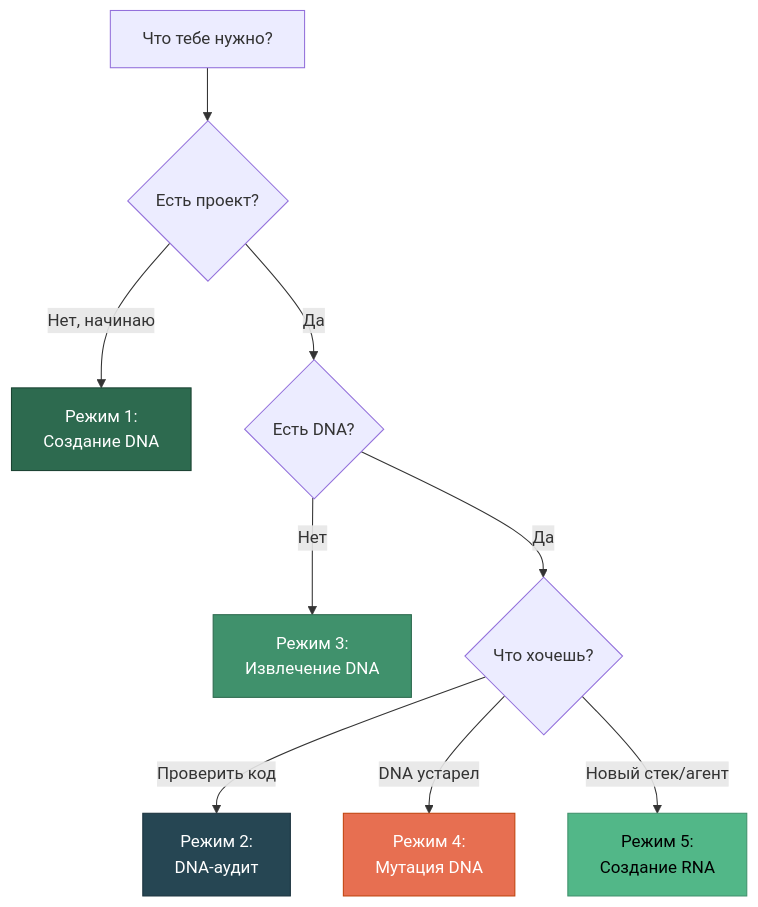
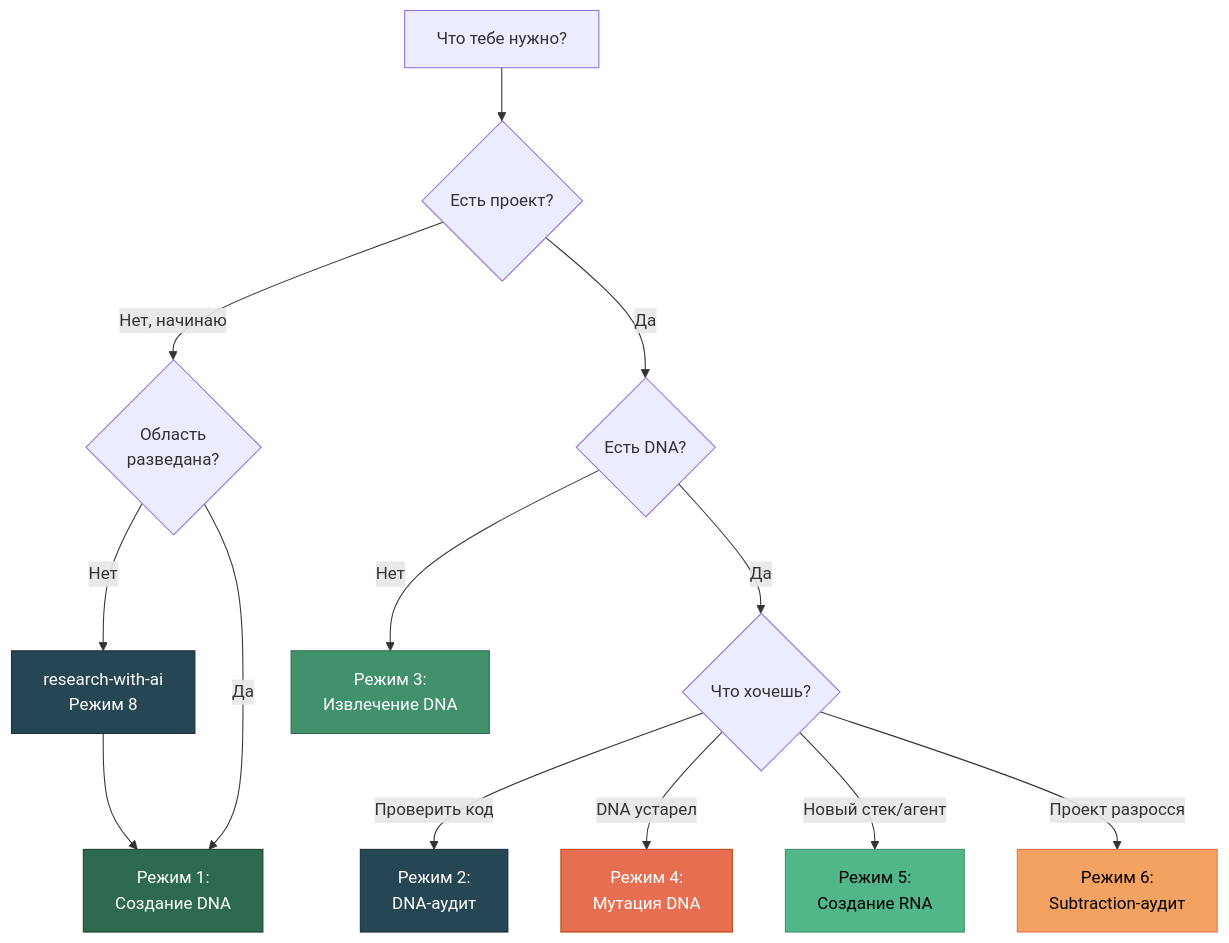
One commit to SizovOleg/project-dna changed the eighth of 8 diagrams in docs/modes-ru.md. Above: the diagram before and after it, drawn with Mermaid. The commit also changed other lines of this file and 9 other files, not shown here.

````diff
--- a/docs/modes-ru.md
+++ b/docs/modes-ru.md
@@ -249,21 +413,27 @@
 ```mermaid
 flowchart TD
     START["Что тебе нужно?"]
-    
+
     START --> Q1{"Есть проект?"}
-    Q1 -->|"Нет, начинаю"| M1["Режим 1:<br/>Создание DNA"]
+    Q1 -->|"Нет, начинаю"| Q0{"Область<br/>разведана?"}
+    Q0 -->|"Нет"| SCOUT["research-with-ai<br/>Режим 8"]
+    Q0 -->|"Да"| M1["Режим 1:<br/>Создание DNA"]
+    SCOUT --> M1
+
     Q1 -->|"Да"| Q2{"Есть DNA?"}
-    
     Q2 -->|"Нет"| M3["Режим 3:<br/>Извлечение DNA"]
     Q2 -->|"Да"| Q3{"Что хочешь?"}
-    
+
     Q3 -->|"Проверить код"| M2["Режим 2:<br/>DNA-аудит"]
     Q3 -->|"DNA устарел"| M4["Режим 4:<br/>Мутация DNA"]
     Q3 -->|"Новый стек/агент"| M5["Режим 5:<br/>Создание RNA"]
+    Q3 -->|"Проект разросся"| M6["Режим 6:<br/>Subtraction-аудит"]
 
+    style SCOUT fill:#264653,stroke:#1a323d,color:#fff
     style M1 fill:#2d6a4f,stroke:#1b4332,color:#fff
     style M2 fill:#264653,stroke:#1a323d,color:#fff
     style M3 fill:#40916c,stroke:#2d6a4f,color:#fff
     style M4 fill:#e76f51,stroke:#c1440e,color:#fff
     style M5 fill:#52b788,stroke:#40916c,color:#000
+    style M6 fill:#f4a261,stroke:#e76f51,color:#000
 ```
````
